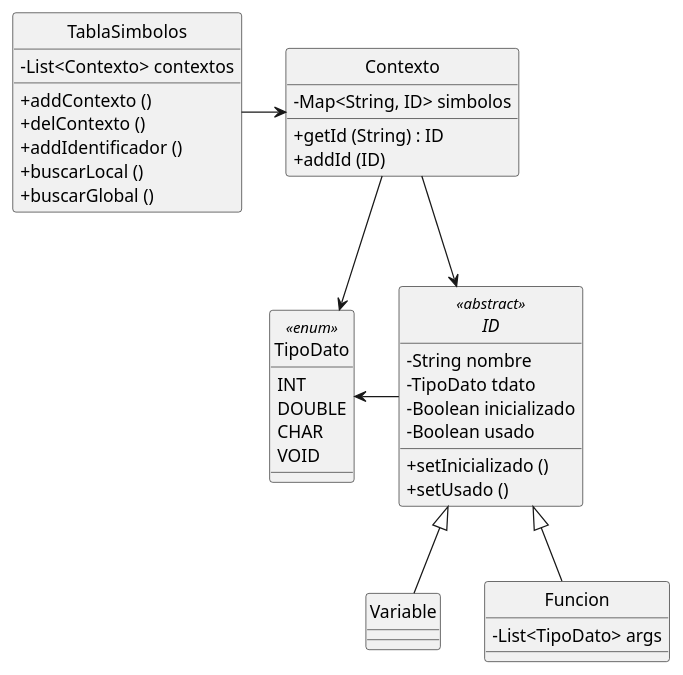
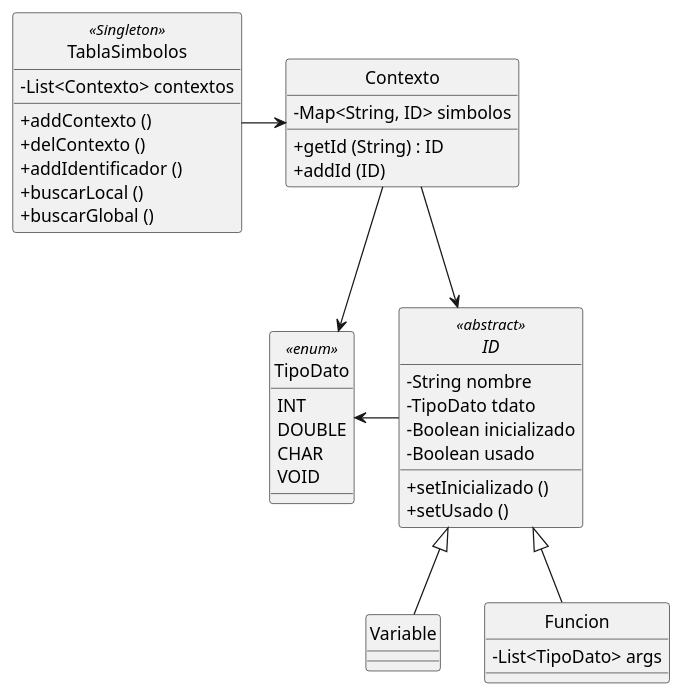
Before and after one commit to meschoyez/pycc2024: the diagram in TablaSimbolos.puml, drawn with PlantUML. The commit also changed 2 other files, not shown here.

```diff
--- a/TablaSimbolos.puml
+++ b/TablaSimbolos.puml
@@ -1,50 +1,50 @@
 @startuml TablaSimbolos
 
 skinparam ClassAttributeIconSize 0
 hide circle
 
-class TablaSimbolos {
+class TablaSimbolos <<Singleton>> {
     - List<Contexto> contextos
     + addContexto ()
     + delContexto ()
     + addIdentificador ()
     + buscarLocal ()
     + buscarGlobal ()
 }
 
 class Contexto {
     - Map<String, ID> simbolos
     + getId (String) : ID
     + addId (ID) 
 }
 
 abstract class ID <<abstract>> {
     - String nombre
     - TipoDato tdato
     - Boolean inicializado
     - Boolean usado
     + setInicializado ()
     + setUsado ()
 }
 
 enum TipoDato <<enum>> {
     INT
     DOUBLE
     CHAR
     VOID
 }
 
 class Variable
 
 class Funcion {
     - List<TipoDato> args
 }
 
 TablaSimbolos -> Contexto
 Contexto --> ID
 ID <|-- Variable
 ID <|-- Funcion
 TipoDato <- ID
 Contexto --> TipoDato
 
 @enduml
```
